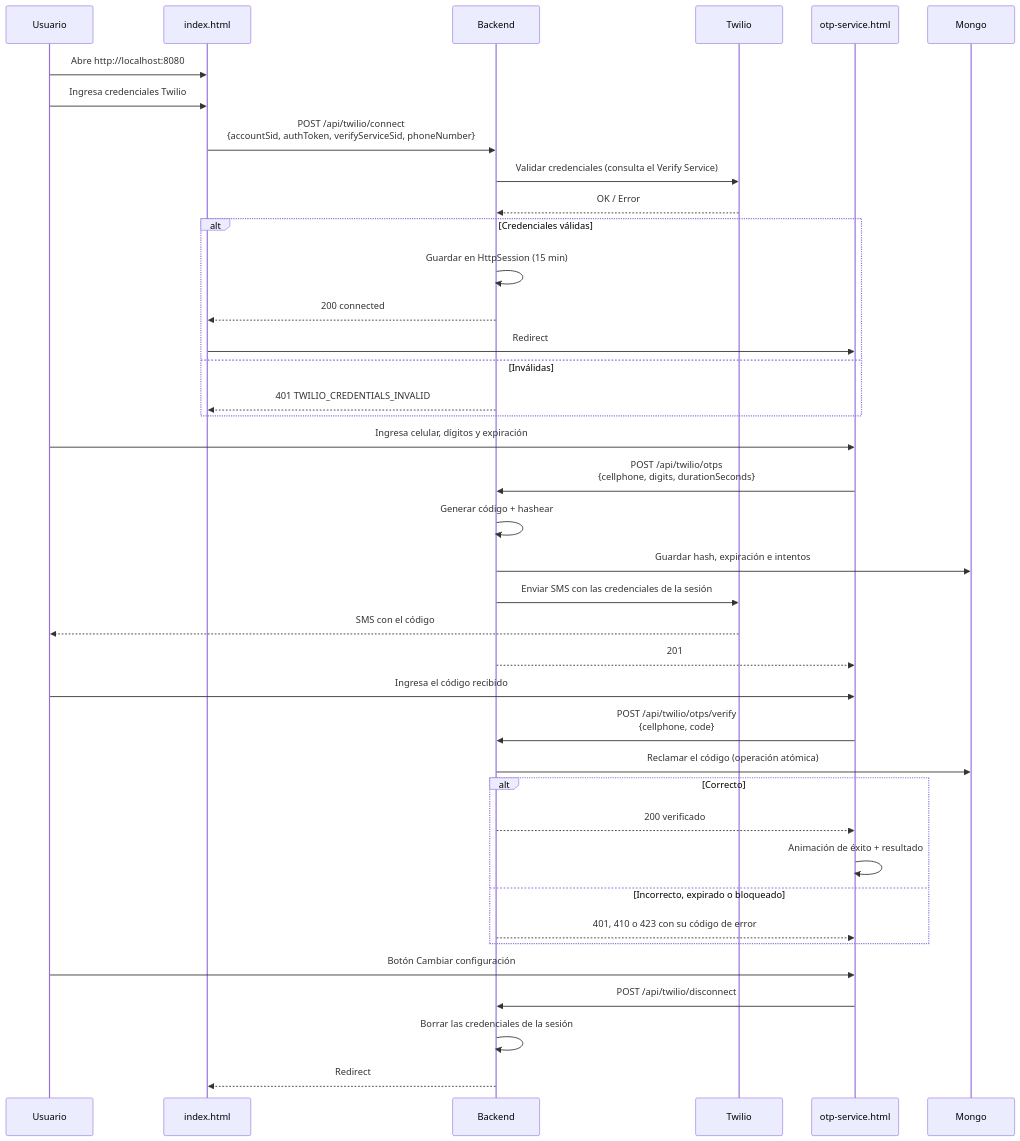
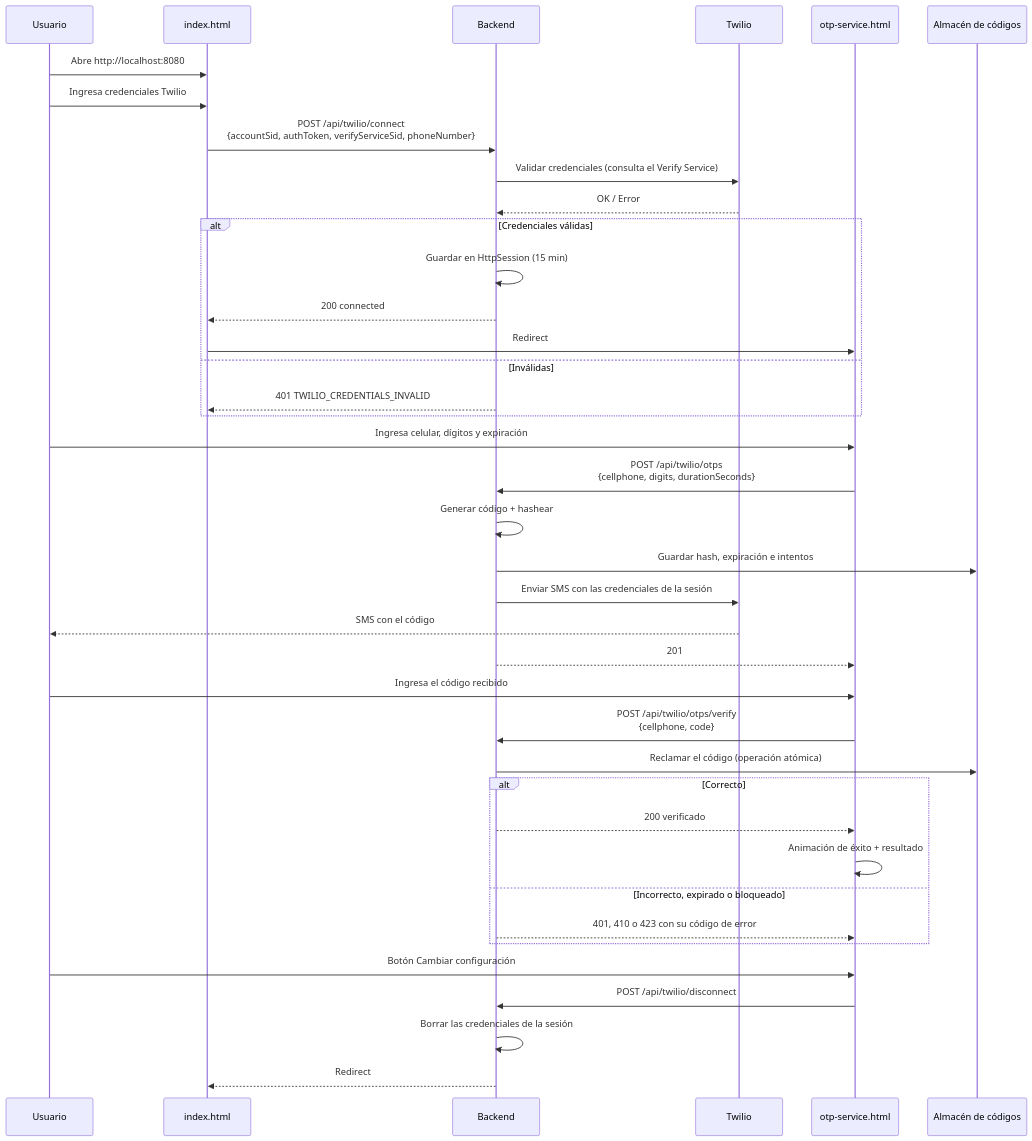
Before and after one commit to JoshRivas313/OTP-Service: the second of 2 diagrams in README.md, drawn with Mermaid. The commit also changed other lines of this file and 16 other files, not shown here.

````diff
--- a/README.md
+++ b/README.md
@@ -599,45 +642,45 @@
 ```mermaid
 sequenceDiagram
     participant Usuario
     participant index.html
     participant Backend
     participant Twilio
     participant otp-service.html
-    participant Mongo
+    participant Store as Almacén de códigos
 
     Usuario->>index.html: Abre http://localhost:8080
     Usuario->>index.html: Ingresa credenciales Twilio
     index.html->>Backend: POST /api/twilio/connect<br/>{accountSid, authToken, verifyServiceSid, phoneNumber}
     Backend->>Twilio: Validar credenciales (consulta el Verify Service)
     Twilio-->>Backend: OK / Error
     alt Credenciales válidas
         Backend->>Backend: Guardar en HttpSession (15 min)
         Backend-->>index.html: 200 connected
         index.html->>otp-service.html: Redirect
     else Inválidas
         Backend-->>index.html: 401 TWILIO_CREDENTIALS_INVALID
     end
 
     Usuario->>otp-service.html: Ingresa celular, dígitos y expiración
     otp-service.html->>Backend: POST /api/twilio/otps<br/>{cellphone, digits, durationSeconds}
     Backend->>Backend: Generar código + hashear
-    Backend->>Mongo: Guardar hash, expiración e intentos
+    Backend->>Store: Guardar hash, expiración e intentos
     Backend->>Twilio: Enviar SMS con las credenciales de la sesión
     Twilio-->>Usuario: SMS con el código
     Backend-->>otp-service.html: 201
 
     Usuario->>otp-service.html: Ingresa el código recibido
     otp-service.html->>Backend: POST /api/twilio/otps/verify<br/>{cellphone, code}
-    Backend->>Mongo: Reclamar el código (operación atómica)
+    Backend->>Store: Reclamar el código (operación atómica)
     alt Correcto
         Backend-->>otp-service.html: 200 verificado
         otp-service.html->>otp-service.html: Animación de éxito + resultado
     else Incorrecto, expirado o bloqueado
         Backend-->>otp-service.html: 401, 410 o 423 con su código de error
     end
 
     Usuario->>otp-service.html: Botón Cambiar configuración
     otp-service.html->>Backend: POST /api/twilio/disconnect
     Backend->>Backend: Borrar las credenciales de la sesión
     Backend-->>index.html: Redirect
 ```
````
